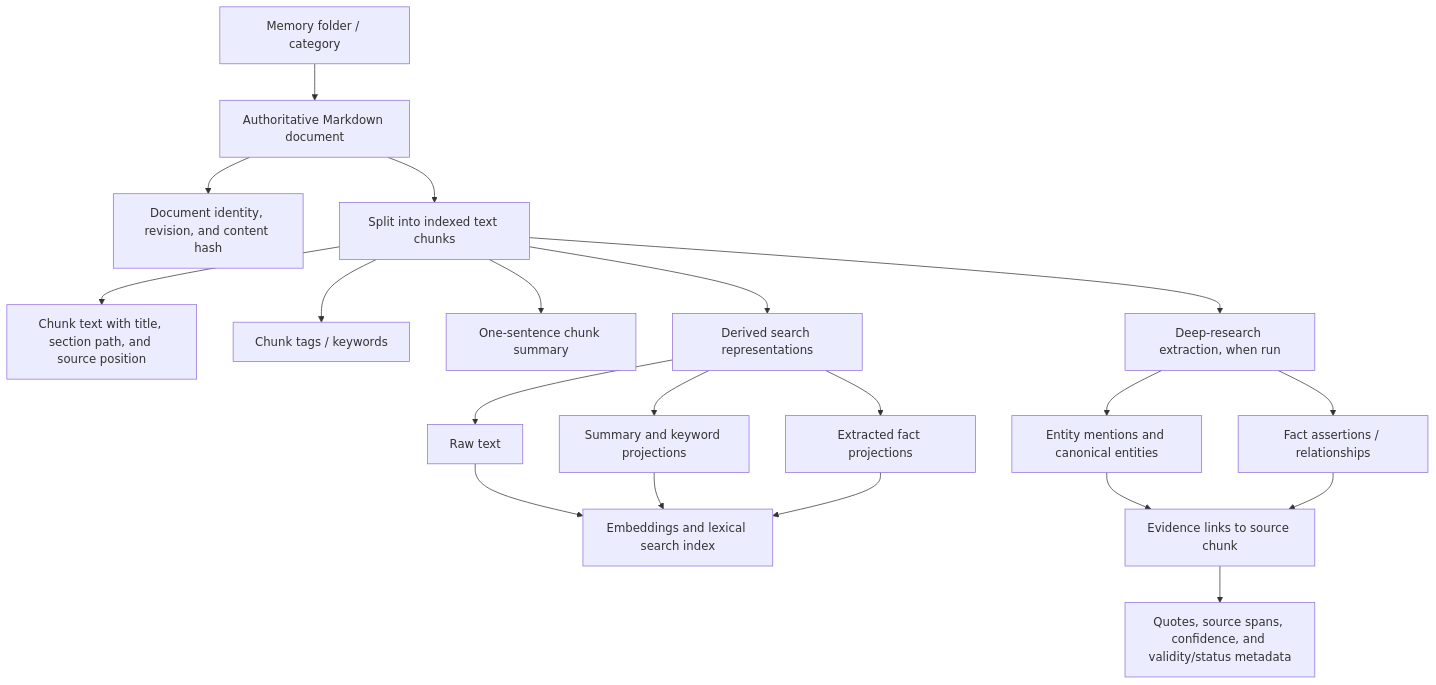
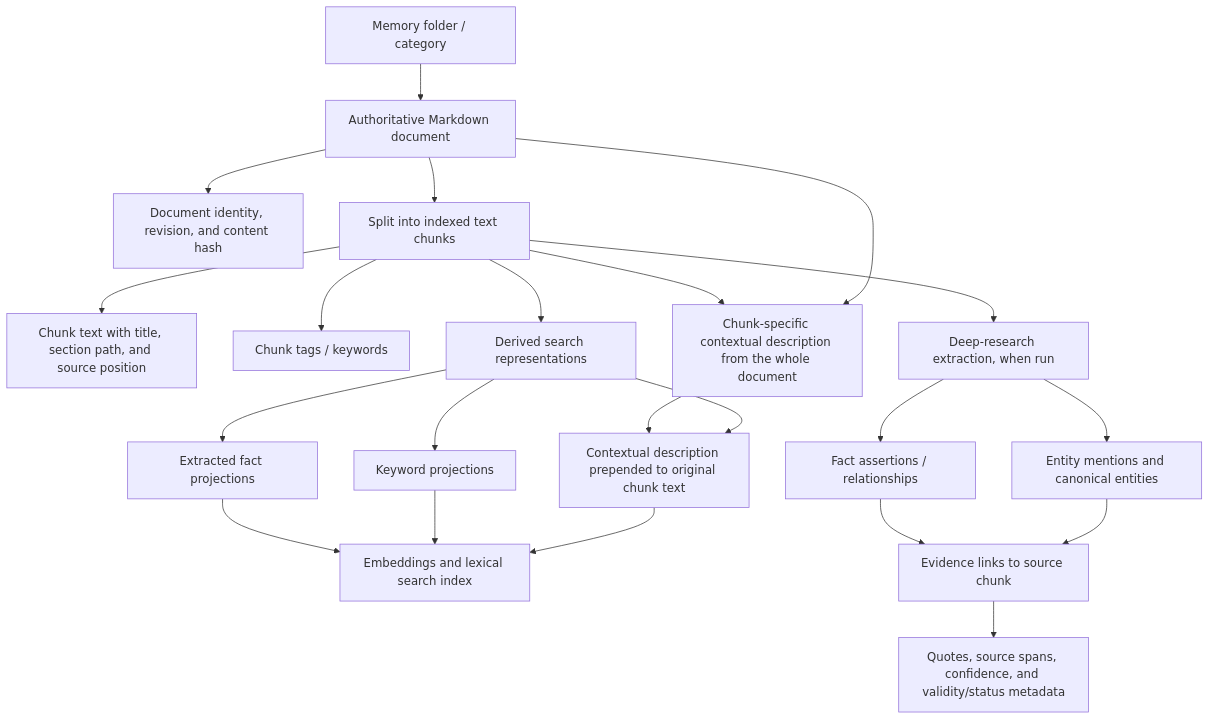
One commit to Cynosure-AI/cynosure-app changed the fourth of 4 diagrams in ARCHITECTURE.md. Above: the diagram before and after it, drawn with Mermaid. The commit also changed other lines of this file and 7 other files, not shown here.

````diff
--- a/ARCHITECTURE.md
+++ b/ARCHITECTURE.md
@@ -95,22 +95,24 @@
 ```mermaid
 flowchart TD
   A[Memory folder / category] --> B[Authoritative Markdown document]
   B --> C[Document identity, revision, and content hash]
   B --> D[Split into indexed text chunks]
   D --> E[Chunk text with title, section path, and source position]
   D --> F[Chunk tags / keywords]
-  D --> G[One-sentence chunk summary]
+  B --> G[Chunk-specific contextual description from the whole document]
+  D --> G
   D --> H[Derived search representations]
-  H --> H1[Raw text]
-  H --> H2[Summary and keyword projections]
+  H --> H1[Contextual description prepended to original chunk text]
+  G --> H1
+  H --> H2[Keyword projections]
   H --> H3[Extracted fact projections]
   H1 --> I[Embeddings and lexical search index]
   H2 --> I
   H3 --> I
   D --> J[Deep-research extraction, when run]
   J --> K[Entity mentions and canonical entities]
   J --> L[Fact assertions / relationships]
   K --> M[Evidence links to source chunk]
   L --> M
   M --> N[Quotes, source spans, confidence, and validity/status metadata]
 ```
````
